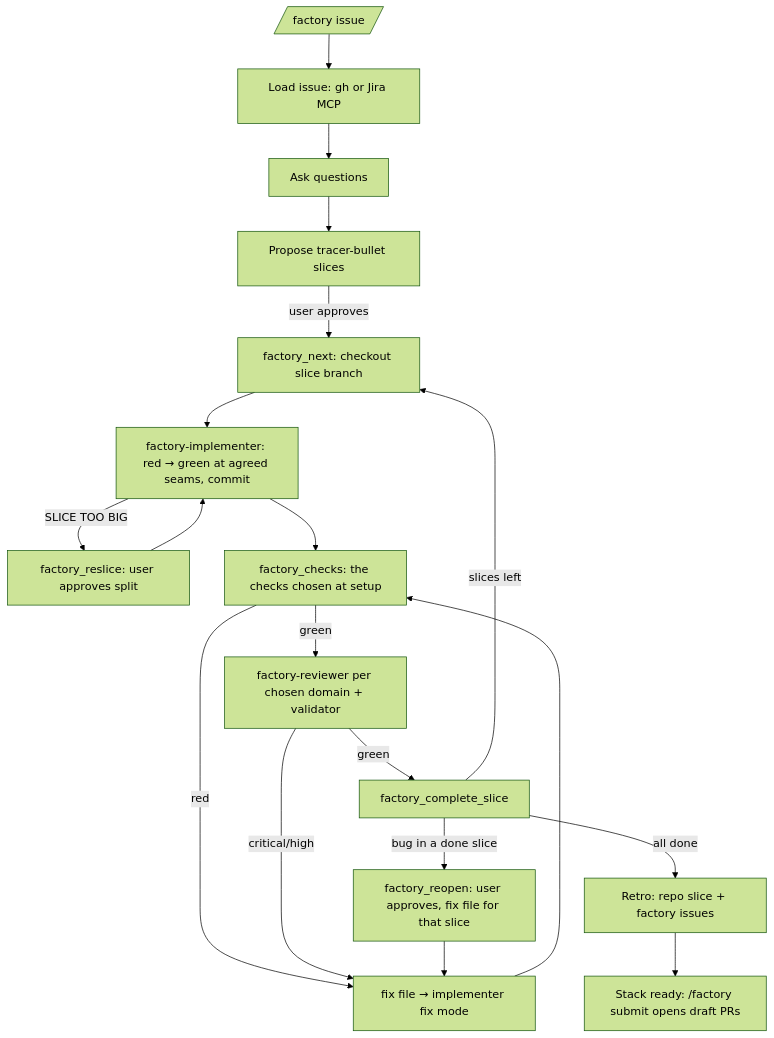
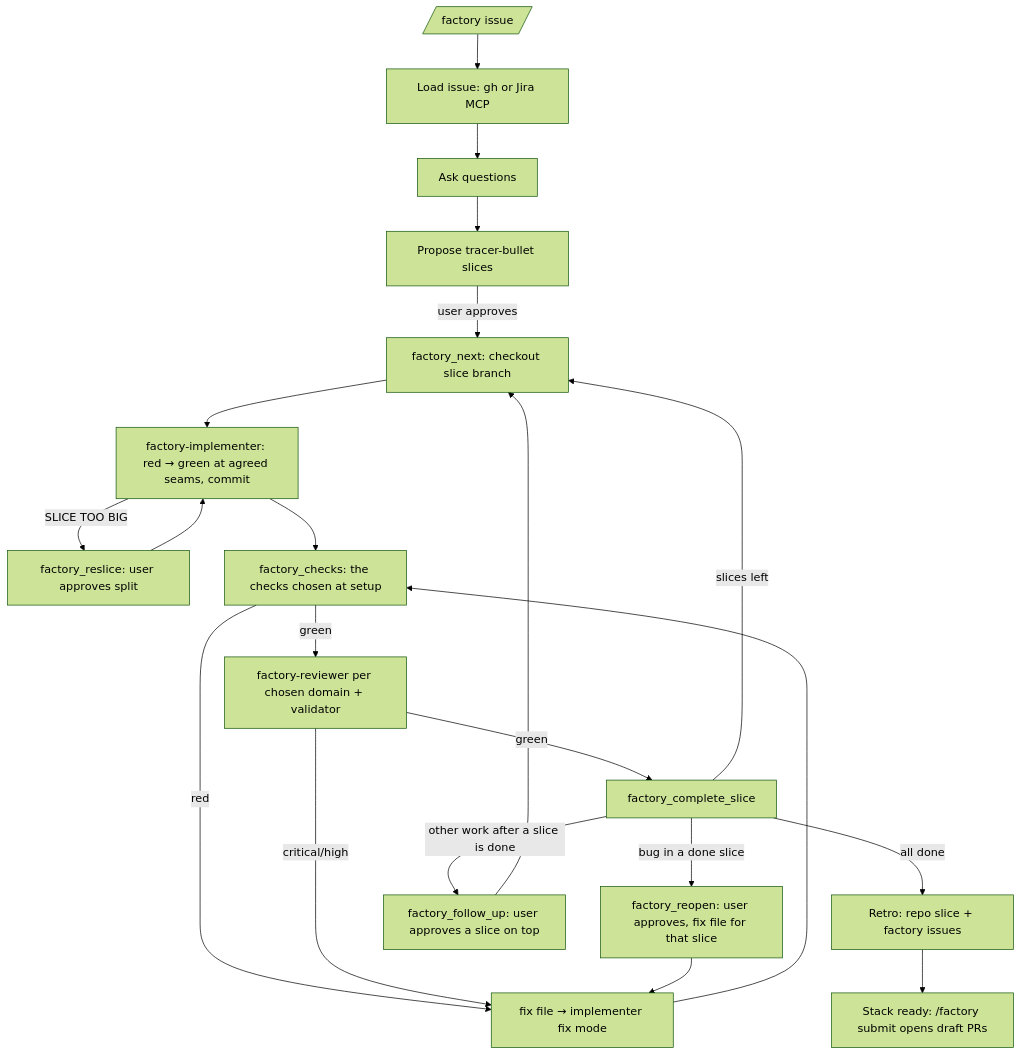
The diagram in README.md (adrianbrowning/software-factory), drawn with Mermaid (forest theme) before and after one commit. The commit also changed other lines of this file and 4 other files, not shown here.

Commit message:
Add factory_follow_up and re-gate post-review commits through factory_reopen (#31)

````diff
--- a/README.md
+++ b/README.md
@@ -8,21 +8,23 @@
 ```mermaid
 flowchart TD
   A[/factory issue/] --> B[Load issue: gh or Jira MCP]
   B --> C[Ask questions]
   C --> D[Propose tracer-bullet slices]
   D -->|user approves| E[factory_next: checkout slice branch]
   E --> F[factory-implementer: red → green at agreed seams, commit]
   F -->|SLICE TOO BIG| R[factory_reslice: user approves split]
   R --> F
   F --> G[factory_checks: the checks chosen at setup]
   G -->|red| H[fix file → implementer fix mode]
   H --> G
   G -->|green| I[factory-reviewer per chosen domain + validator]
   I -->|critical/high| H
   I -->|green| J[factory_complete_slice]
   J -->|slices left| E
   J -->|all done| K[Retro: repo slice + factory issues]
   J -->|bug in a done slice| O[factory_reopen: user approves, fix file for that slice]
   O --> H
+  J -->|other work after a slice is done| P[factory_follow_up: user approves a slice on top]
+  P --> E
   K --> L[Stack ready: /factory submit opens draft PRs]
 ```
````
